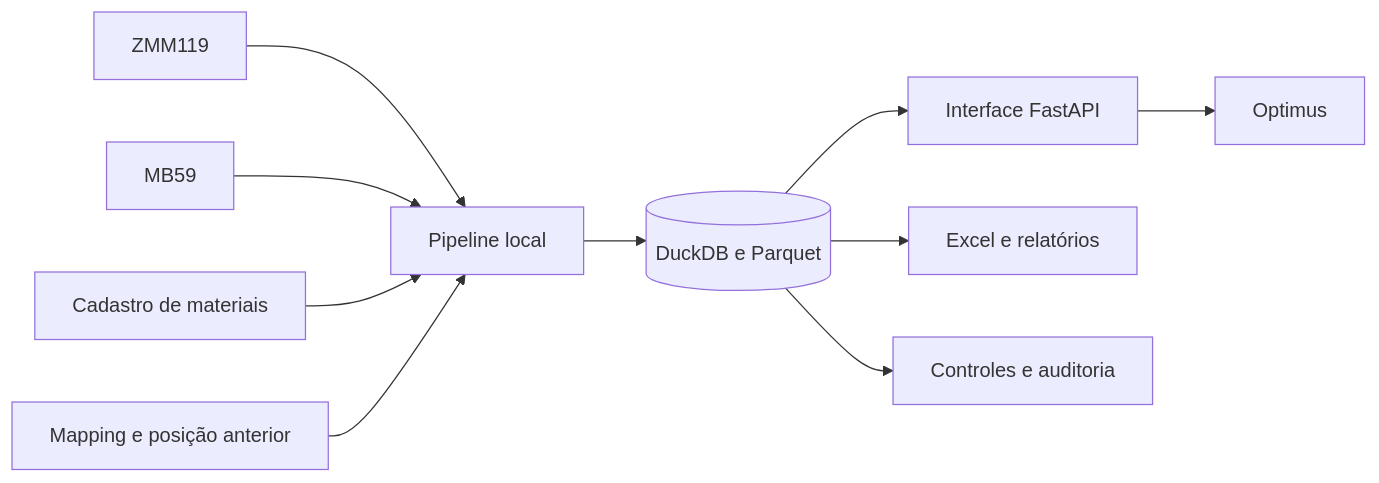
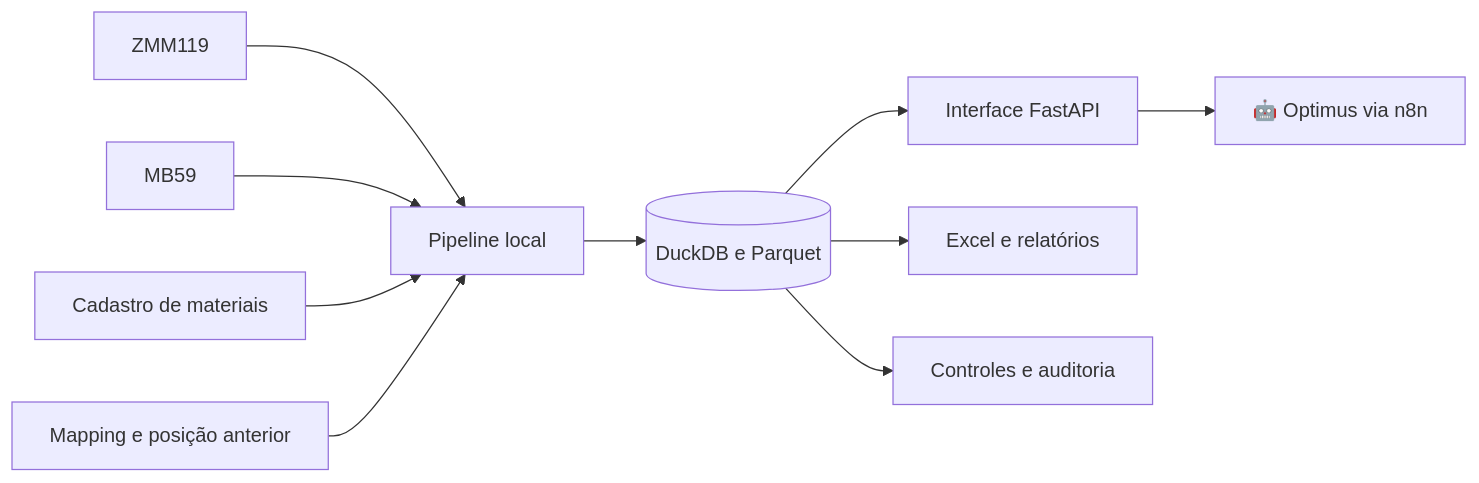
Before and after one commit to rodrigolisboa25-create/projects: the diagram in README.md, drawn with Mermaid. The commit also changed other lines of this file and 1 other file, not shown here.

````diff
--- a/README.md
+++ b/README.md
@@ -72,12 +74,12 @@
 ```mermaid
 flowchart LR
     A[ZMM119] --> E[Pipeline local]
     B[MB59] --> E
     C[Cadastro de materiais] --> E
     D[Mapping e posição anterior] --> E
     E --> F[(DuckDB e Parquet)]
     F --> G[Interface FastAPI]
     F --> H[Excel e relatórios]
     F --> I[Controles e auditoria]
-    G --> J[Optimus]
+    G --> J[🤖 Optimus via n8n]
 ```
````
